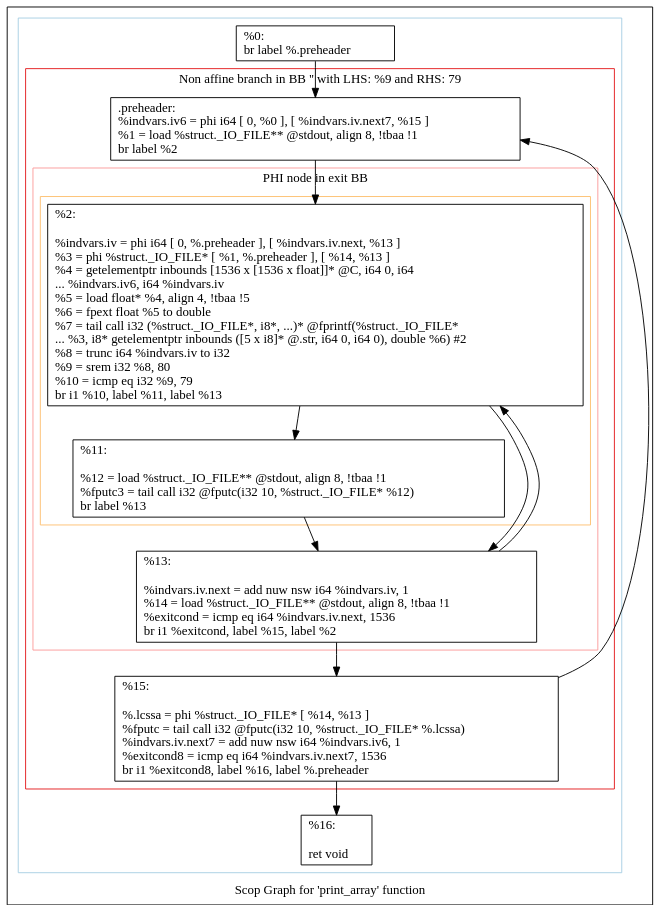
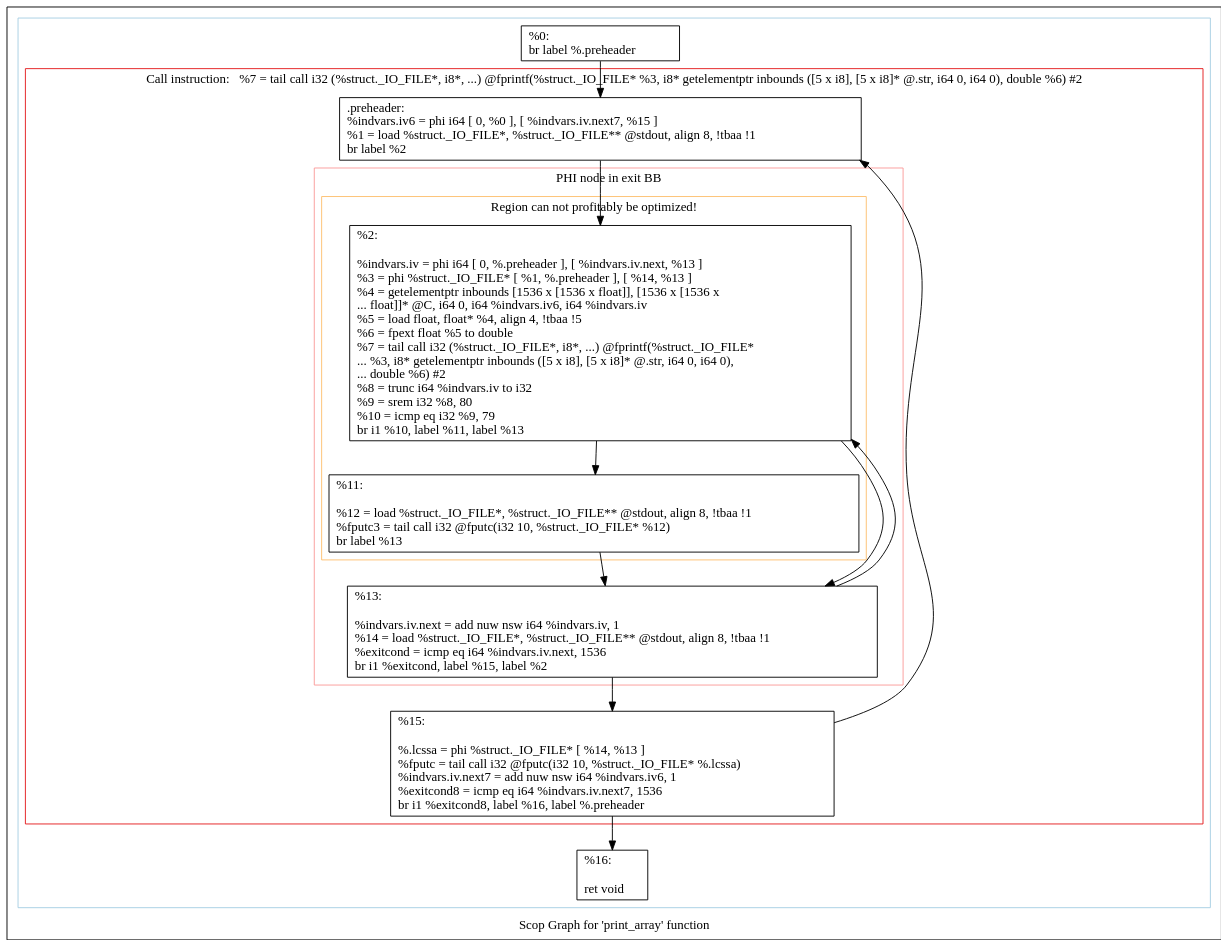
Before and after one commit to rogerioag/openmp-hook: the diagram in matmul-polly/scops.print_array.dot, drawn with Graphviz. The commit also changed 9 other files, not shown here.

```diff
--- a/matmul-polly/scops.print_array.dot
+++ b/matmul-polly/scops.print_array.dot
@@ -1,48 +1,48 @@
 digraph "Scop Graph for 'print_array' function" {
 	label="Scop Graph for 'print_array' function";
 
-	Node0x2314b80 [shape=record,label="{%0:\l  br label %.preheader\l}"];
-	Node0x2314b80 -> Node0x22e25b0;
-	Node0x22e25b0 [shape=record,label="{.preheader:                                       \l  %indvars.iv6 = phi i64 [ 0, %0 ], [ %indvars.iv.next7, %15 ]\l  %1 = load %struct._IO_FILE** @stdout, align 8, !tbaa !1\l  br label %2\l}"];
-	Node0x22e25b0 -> Node0x231a0c0;
-	Node0x231a0c0 [shape=record,label="{%2:\l\l  %indvars.iv = phi i64 [ 0, %.preheader ], [ %indvars.iv.next, %13 ]\l  %3 = phi %struct._IO_FILE* [ %1, %.preheader ], [ %14, %13 ]\l  %4 = getelementptr inbounds [1536 x [1536 x float]]* @C, i64 0, i64\l... %indvars.iv6, i64 %indvars.iv\l  %5 = load float* %4, align 4, !tbaa !5\l  %6 = fpext float %5 to double\l  %7 = tail call i32 (%struct._IO_FILE*, i8*, ...)* @fprintf(%struct._IO_FILE*\l... %3, i8* getelementptr inbounds ([5 x i8]* @.str, i64 0, i64 0), double %6) #2\l  %8 = trunc i64 %indvars.iv to i32\l  %9 = srem i32 %8, 80\l  %10 = icmp eq i32 %9, 79\l  br i1 %10, label %11, label %13\l}"];
-	Node0x231a0c0 -> Node0x2315110;
-	Node0x231a0c0 -> Node0x231a2a0;
-	Node0x2315110 [shape=record,label="{%11:\l\l  %12 = load %struct._IO_FILE** @stdout, align 8, !tbaa !1\l  %fputc3 = tail call i32 @fputc(i32 10, %struct._IO_FILE* %12)\l  br label %13\l}"];
-	Node0x2315110 -> Node0x231a2a0;
-	Node0x231a2a0 [shape=record,label="{%13:\l\l  %indvars.iv.next = add nuw nsw i64 %indvars.iv, 1\l  %14 = load %struct._IO_FILE** @stdout, align 8, !tbaa !1\l  %exitcond = icmp eq i64 %indvars.iv.next, 1536\l  br i1 %exitcond, label %15, label %2\l}"];
-	Node0x231a2a0 -> Node0x231a210;
-	Node0x231a2a0 -> Node0x231a0c0[constraint=false];
-	Node0x231a210 [shape=record,label="{%15:\l\l  %.lcssa = phi %struct._IO_FILE* [ %14, %13 ]\l  %fputc = tail call i32 @fputc(i32 10, %struct._IO_FILE* %.lcssa)\l  %indvars.iv.next7 = add nuw nsw i64 %indvars.iv6, 1\l  %exitcond8 = icmp eq i64 %indvars.iv.next7, 1536\l  br i1 %exitcond8, label %16, label %.preheader\l}"];
-	Node0x231a210 -> Node0x231a270;
-	Node0x231a210 -> Node0x22e25b0[constraint=false];
-	Node0x231a270 [shape=record,label="{%16:\l\l  ret void\l}"];
+	Node0x14df830 [shape=record,label="{%0:\l  br label %.preheader\l}"];
+	Node0x14df830 -> Node0x15223e0;
+	Node0x15223e0 [shape=record,label="{.preheader:                                       \l  %indvars.iv6 = phi i64 [ 0, %0 ], [ %indvars.iv.next7, %15 ]\l  %1 = load %struct._IO_FILE*, %struct._IO_FILE** @stdout, align 8, !tbaa !1\l  br label %2\l}"];
+	Node0x15223e0 -> Node0x15215f0;
+	Node0x15215f0 [shape=record,label="{%2:\l\l  %indvars.iv = phi i64 [ 0, %.preheader ], [ %indvars.iv.next, %13 ]\l  %3 = phi %struct._IO_FILE* [ %1, %.preheader ], [ %14, %13 ]\l  %4 = getelementptr inbounds [1536 x [1536 x float]], [1536 x [1536 x\l... float]]* @C, i64 0, i64 %indvars.iv6, i64 %indvars.iv\l  %5 = load float, float* %4, align 4, !tbaa !5\l  %6 = fpext float %5 to double\l  %7 = tail call i32 (%struct._IO_FILE*, i8*, ...) @fprintf(%struct._IO_FILE*\l... %3, i8* getelementptr inbounds ([5 x i8], [5 x i8]* @.str, i64 0, i64 0),\l... double %6) #2\l  %8 = trunc i64 %indvars.iv to i32\l  %9 = srem i32 %8, 80\l  %10 = icmp eq i32 %9, 79\l  br i1 %10, label %11, label %13\l}"];
+	Node0x15215f0 -> Node0x14e41e0;
+	Node0x15215f0 -> Node0x14e4200;
+	Node0x14e41e0 [shape=record,label="{%11:\l\l  %12 = load %struct._IO_FILE*, %struct._IO_FILE** @stdout, align 8, !tbaa !1\l  %fputc3 = tail call i32 @fputc(i32 10, %struct._IO_FILE* %12)\l  br label %13\l}"];
+	Node0x14e41e0 -> Node0x14e4200;
+	Node0x14e4200 [shape=record,label="{%13:\l\l  %indvars.iv.next = add nuw nsw i64 %indvars.iv, 1\l  %14 = load %struct._IO_FILE*, %struct._IO_FILE** @stdout, align 8, !tbaa !1\l  %exitcond = icmp eq i64 %indvars.iv.next, 1536\l  br i1 %exitcond, label %15, label %2\l}"];
+	Node0x14e4200 -> Node0x1521660;
+	Node0x14e4200 -> Node0x15215f0[constraint=false];
+	Node0x1521660 [shape=record,label="{%15:\l\l  %.lcssa = phi %struct._IO_FILE* [ %14, %13 ]\l  %fputc = tail call i32 @fputc(i32 10, %struct._IO_FILE* %.lcssa)\l  %indvars.iv.next7 = add nuw nsw i64 %indvars.iv6, 1\l  %exitcond8 = icmp eq i64 %indvars.iv.next7, 1536\l  br i1 %exitcond8, label %16, label %.preheader\l}"];
+	Node0x1521660 -> Node0x15216c0;
+	Node0x1521660 -> Node0x15223e0[constraint=false];
+	Node0x15216c0 [shape=record,label="{%16:\l\l  ret void\l}"];
 	colorscheme = "paired12"
-        subgraph cluster_0x2318dd0 {
+        subgraph cluster_0x14df740 {
           label = "";
           style = solid;
           color = 1
-          subgraph cluster_0x231a390 {
-            label = "Non affine branch in BB '' with LHS: %9 and RHS: 79";
+          subgraph cluster_0x1516330 {
+            label = "Call instruction:   %7 = tail call i32 (%struct._IO_FILE*, i8*, ...) @fprintf(%struct._IO_FILE* %3, i8* getelementptr inbounds ([5 x i8], [5 x i8]* @.str, i64 0, i64 0), double %6) #2";
             style = solid;
             color = 6
-            subgraph cluster_0x2314690 {
+            subgraph cluster_0x15162b0 {
               label = "PHI node in exit BB";
               style = solid;
               color = 5
-              subgraph cluster_0x2314610 {
-                label = "";
+              subgraph cluster_0x1516230 {
+                label = "Region can not profitably be optimized!";
                 style = solid;
                 color = 7
-                Node0x231a0c0;
-                Node0x2315110;
+                Node0x15215f0;
+                Node0x14e41e0;
               }
-              Node0x231a2a0;
+              Node0x14e4200;
             }
-            Node0x22e25b0;
-            Node0x231a210;
+            Node0x15223e0;
+            Node0x1521660;
           }
-          Node0x2314b80;
-          Node0x231a270;
+          Node0x14df830;
+          Node0x15216c0;
         }
 }
```
